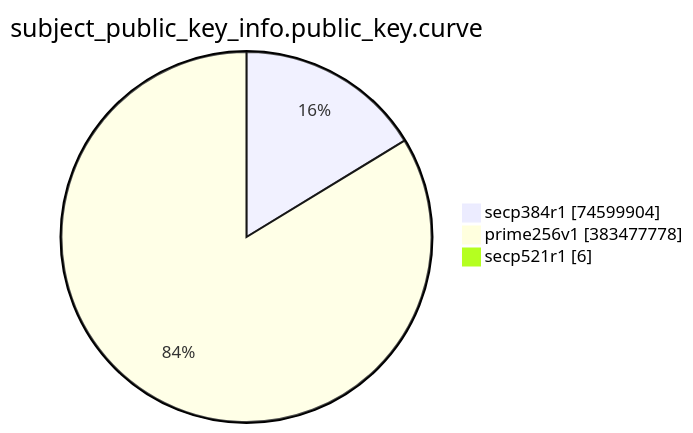
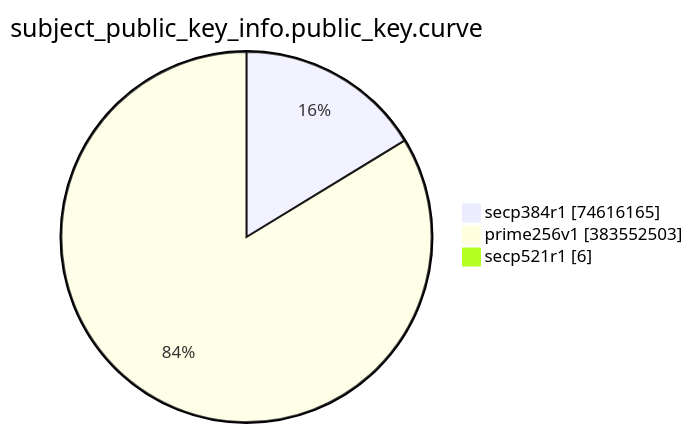
The eighth of 15 diagrams in TOTAL/README.md (christiankrug/ctmonitor_visualization), drawn with Mermaid before and after one commit. The commit also changed other lines of this file, not shown here.

````diff
--- a/TOTAL/README.md
+++ b/TOTAL/README.md
@@ -3094,7 +3094,7 @@
 ```mermaid
 pie showData
 title subject_public_key_info.public_key.curve
-"secp384r1" :74599904
-"prime256v1" :383477778
+"secp384r1" :74616165
+"prime256v1" :383552503
 "secp521r1" :6
 ```
````
